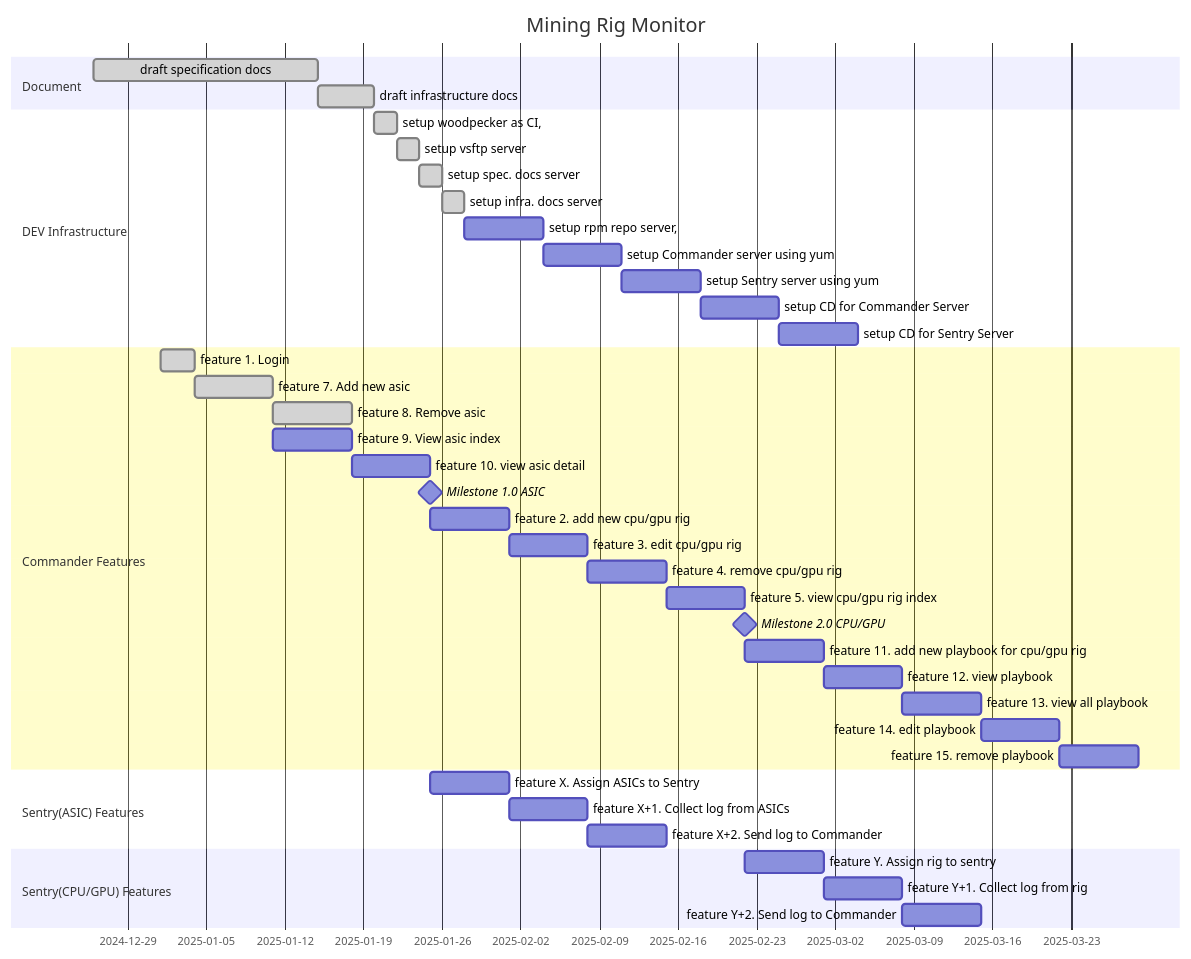
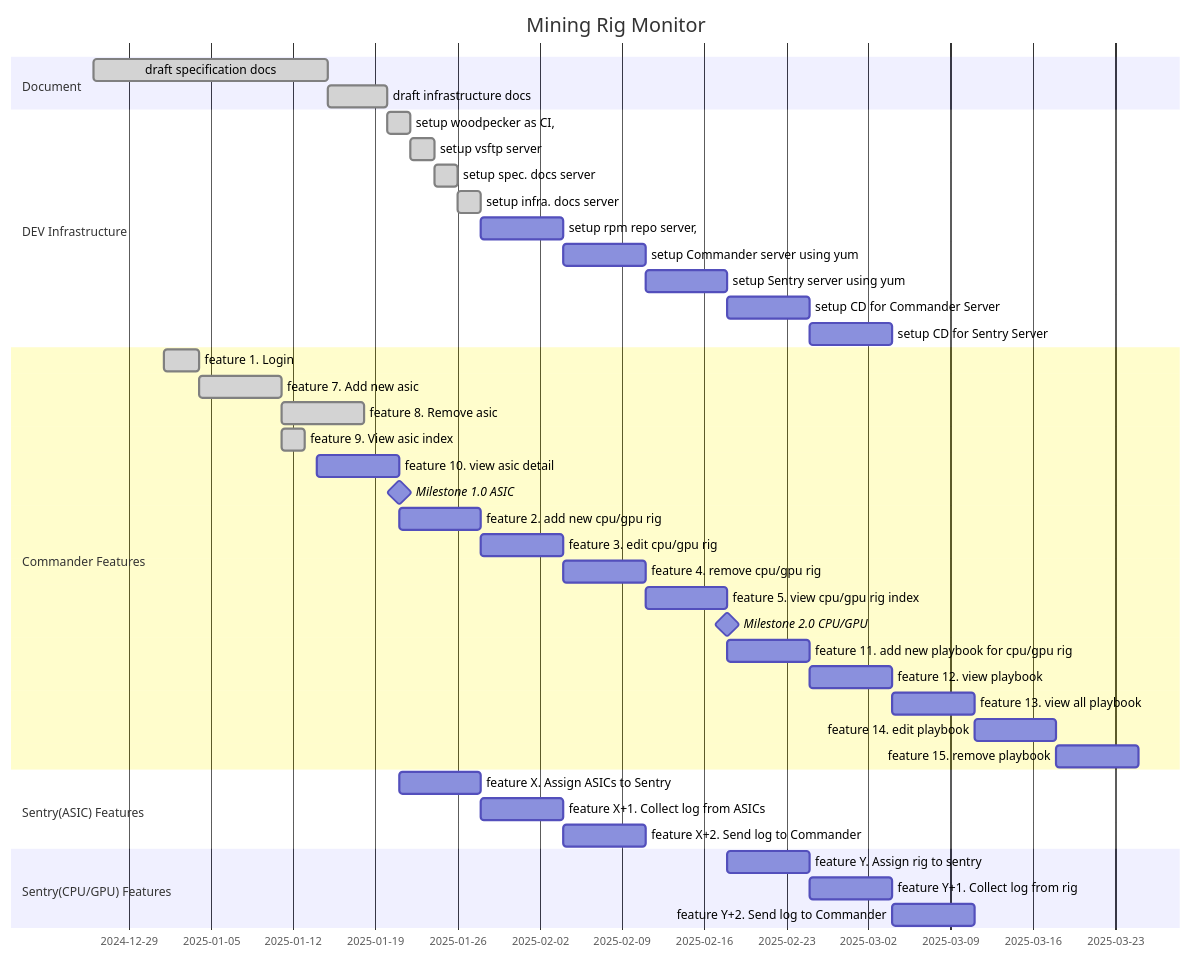
One commit to nguyenvinhlinh/Mining-Rig-Monitor-Document changed the diagram in docs/06-project-management.md. Above: the diagram before and after it, drawn with Mermaid. The commit also changed 5 other files, not shown here.

````diff
--- a/docs/06-project-management.md
+++ b/docs/06-project-management.md
@@ -8,53 +8,53 @@
 ```mermaid
 gantt
     title Mining Rig Monitor
     dateFormat YYYY-MM-DD
 
     section Document
         draft specification  docs      :done, wsd, 2024-12-26, 20d
         draft infrastructure docs      :done, wid, after wsd, 5d
     section DEV Infrastructure
         setup woodpecker as CI,        :done, swci, after wid, 2d
         setup vsftp server             :done, svsftp, after swci, 2d
         setup spec. docs server        :done, ssds, after svsftp, 2d
         setup infra. docs server       :done, sids, after ssds, 2d
         setup rpm repo server,         :srps, after sids, 1w
 
         setup Commander server using yum :scs, after srps, 1w
         setup Sentry server using yum    :sss, after scs, 1w
         setup CD for Commander Server   :scdcs, after sss, 1w
         setup CD for Sentry Server      :scdss, after scdcs, 1w
     section Commander Features
         feature  1. Login              :done, f01, 2025-01-01, 3d
 
         feature  7. Add new asic       :done, f07, after f01, 1w
         feature  8. Remove asic        :done, f08, after f07, 1w
-        feature  9. View asic index    :f09, 2025-01-11, 1w
-        feature 10. view asic detail   :f10, after f09, 1w
+        feature  9. View asic index    :done, f09, 2025-01-11, 2025-01-13
+        feature 10. view asic detail   :f10, 2025-01-14, 1w
 
         Milestone 1.0 ASIC: milestone, m1, after f10, 2m
 
         feature 2. add new cpu/gpu rig    :f02, after f10, 1w
         feature 3. edit cpu/gpu rig       :f03, after f02, 1w
         feature 4. remove cpu/gpu rig     :f04, after f03, 1w
         feature 5. view cpu/gpu rig index :f05, after f04, 1w
 
         Milestone 2.0 CPU/GPU: milestone, m2, after f05, 2m
 
         feature 11. add new playbook for cpu/gpu rig  :f11, after f05, 1w
         feature 12. view playbook                     :f12, after f11, 1w
         feature 13. view all playbook                 :f13, after f12, 1w
         feature 14. edit playbook                     :f14, after f13, 1w
         feature 15. remove playbook                   :f15, after f14, 1w
 
     section Sentry(ASIC) Features
         feature X. Assign ASICs to Sentry    :fx,  after f10, 1w
         feature X+1. Collect log from ASICs  :fx1, after fx,  1w
         feature X+2. Send log to Commander   :fx2, after fx1, 1w
 
     section Sentry(CPU/GPU) Features
         feature Y. Assign rig to sentry    :fy, after f05, 1w
         feature Y+1. Collect log from rig  :fy1, after fy, 1w
         feature Y+2. Send log to Commander :fy2, after fy1, 1w
 
 ```
````
